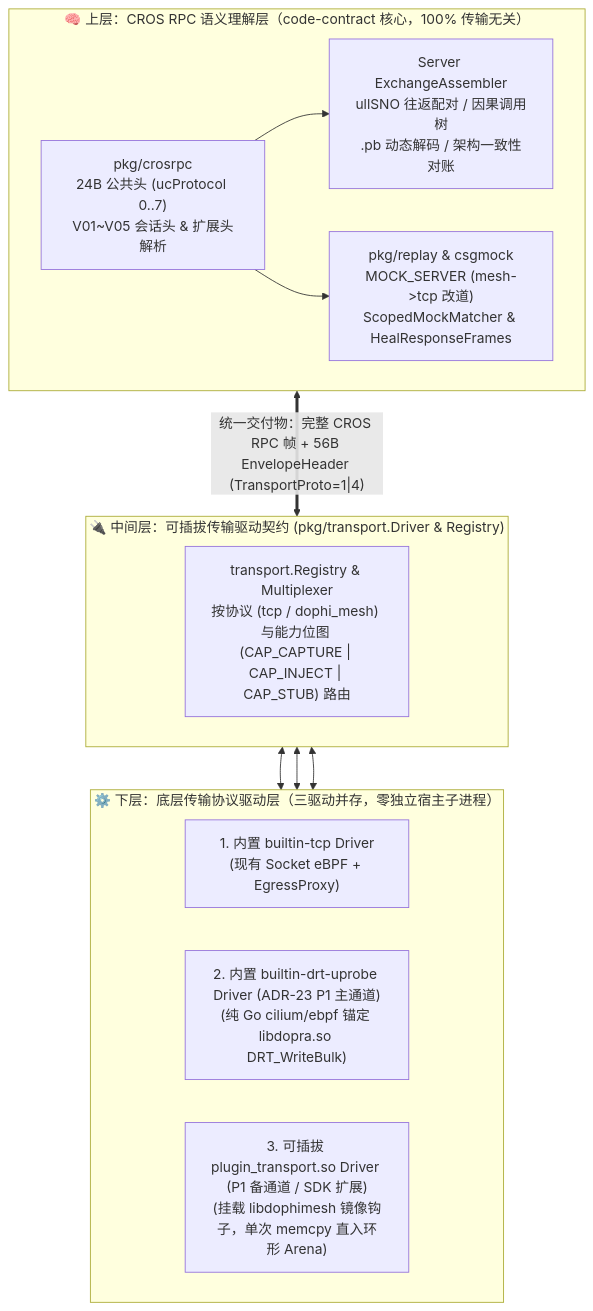
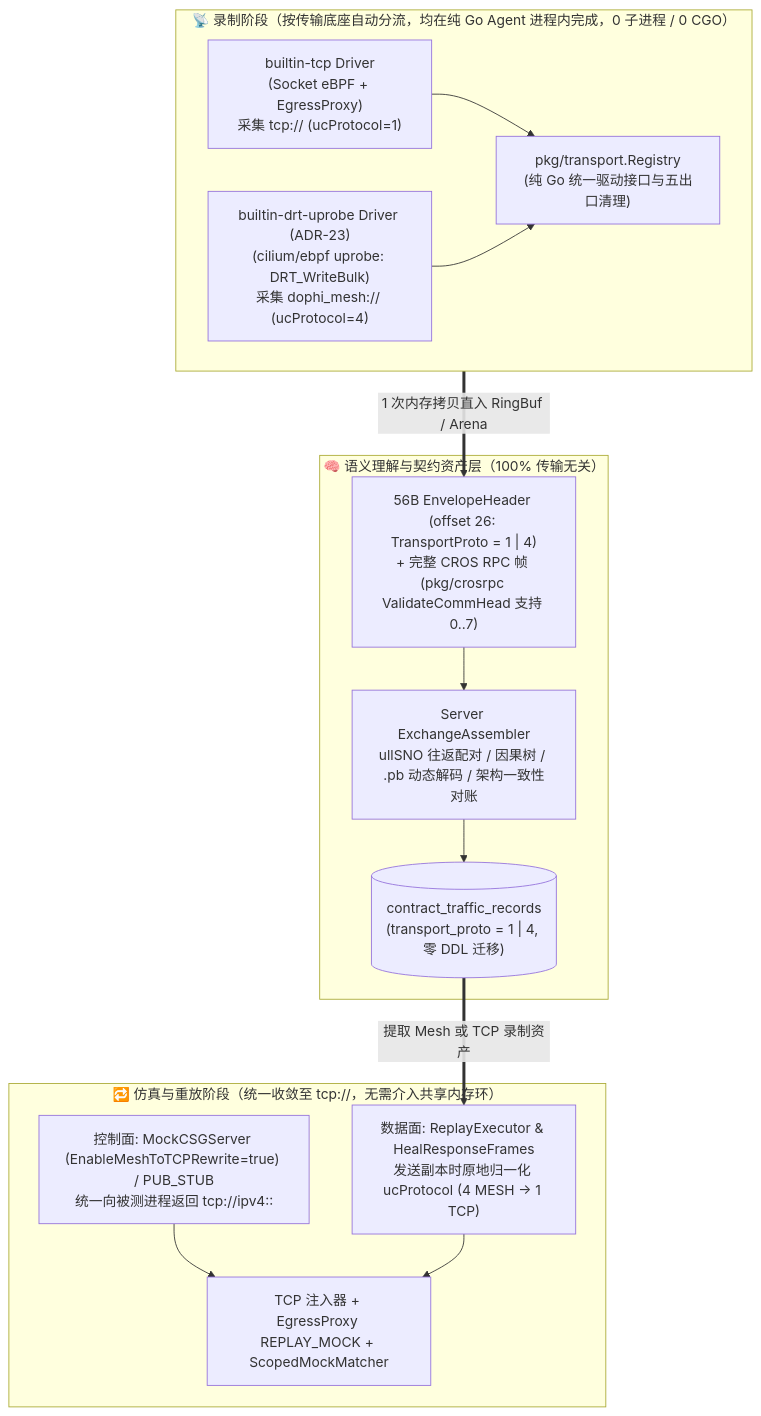
The diagram in docs/05-adr/22-pluggable-transport-driver-and-mesh-capture-adr.md (fugui/code-contract), drawn with Mermaid before and after one commit. The commit also changed other lines of this file and 3 other files, not shown here.

Commit message:
docs(adr): 收敛 ADR-22 v2.0.0 与 ADR-23 v1.1.0，废弃 .so 钩子方案并打通 Mesh 采集到 TCP 重放闭环

````diff
--- a/docs/05-adr/22-pluggable-transport-driver-and-mesh-capture-adr.md
+++ b/docs/05-adr/22-pluggable-transport-driver-and-mesh-capture-adr.md
@@ -50,27 +46,29 @@
 ```mermaid
 flowchart TB
-    subgraph Semantic["🧠 上层：CROS RPC 语义理解层（code-contract 核心，100% 传输无关）"]
+    subgraph Capture["📡 录制阶段（按传输底座自动分流，均在纯 Go Agent 进程内完成，0 子进程 / 0 CGO）"]
         direction LR
-        S1["pkg/crosrpc<br/>24B 公共头 (ucProtocol 0..7)<br/>V01~V05 会话头 & 扩展头解析"]
-        S2["Server ExchangeAssembler<br/>ullSNO 往返配对 / 因果调用树<br/>.pb 动态解码 / 架构一致性对账"]
-        S3["pkg/replay & csgmock<br/>MOCK_SERVER (mesh->tcp 改道)<br/>ScopedMockMatcher & HealResponseFrames"]
-        S1 --> S2
-        S1 --> S3
+        D_TCP["builtin-tcp Driver<br/>(Socket eBPF + EgressProxy)<br/>采集 tcp:// (ucProtocol=1)"]
+        D_MESH["builtin-drt-uprobe Driver (ADR-23)<br/>(cilium/ebpf uprobe: DRT_WriteBulk)<br/>采集 dophi_mesh:// (ucProtocol=4)"]
+        REG["pkg/transport.Registry<br/>(纯 Go 统一驱动接口与五出口清理)"]
+        D_TCP --> REG
+        D_MESH --> REG
     end
 
-    subgraph Abstraction["🔌 中间层：可插拔传输驱动契约 (pkg/transport.Driver & Registry)"]
-        REG["transport.Registry & Multiplexer<br/>按协议 (tcp / dophi_mesh) 与能力位图 (CAP_CAPTURE | CAP_INJECT | CAP_STUB) 路由"]
+    subgraph Semantic["🧠 语义理解与契约资产层（100% 传输无关）"]
+        ENV["56B EnvelopeHeader (offset 26: TransportProto = 1 | 4)<br/>+ 完整 CROS RPC 帧 (pkg/crosrpc ValidateCommHead 支持 0..7)"]
+        ASM["Server ExchangeAssembler<br/>ullSNO 往返配对 / 因果树 / .pb 动态解码 / 架构一致性对账"]
+        DB[("contract_traffic_records<br/>(transport_proto = 1 | 4, 零 DDL 迁移)")]
+        ENV --> ASM --> DB
     end
 
-    subgraph Transports["⚙️ 下层：底层传输协议驱动层（三驱动并存，零独立宿主子进程）"]
-        direction LR
-        T_TCP["1. 内置 builtin-tcp Driver<br/>(现有 Socket eBPF + EgressProxy)"]
-        T_UPROBE["2. 内置 builtin-drt-uprobe Driver (ADR-23 P1 主通道)<br/>(纯 Go cilium/ebpf 锚定 libdopra.so DRT_WriteBulk)"]
-        T_PLUGIN["3. 可插拔 plugin_transport.so Driver (P1 备通道 / SDK 扩展)<br/>(挂载 libdophimesh 镜像钩子，单次 memcpy 直入环形 Arena)"]
+    subgraph Replay["🔁 仿真与重放阶段（统一收敛至 tcp://，无需介入共享内存环）"]
+        CSG["控制面: MockCSGServer (EnableMeshToTCPRewrite=true) / PUB_STUB<br/>统一向被测进程返回 tcp://ipv4:<ip>:<port>"]
+        NORM["数据面: ReplayExecutor & HealResponseFrames<br/>发送副本时原地归一化 ucProtocol (4 MESH -> 1 TCP)"]
+        TCP_SIM["TCP 注入器 + EgressProxy REPLAY_MOCK + ScopedMockMatcher"]
+        CSG --> TCP_SIM
+        NORM --> TCP_SIM
     end
 
-    Semantic <== "统一交付物：完整 CROS RPC 帧 + 56B EnvelopeHeader (TransportProto=1|4)" ==> Abstraction
-    Abstraction <--> T_TCP
-    Abstraction <--> T_UPROBE
-    Abstraction <--> T_PLUGIN
+    REG == "1 次内存拷贝直入 RingBuf / Arena" ==> ENV
+    DB == "提取 Mesh 或 TCP 录制资产" ==> NORM
 ```
````
